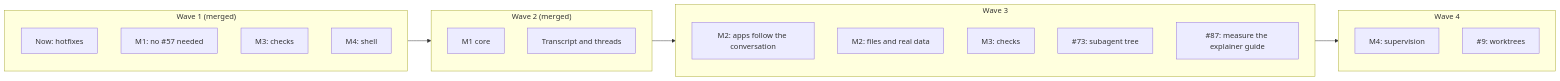
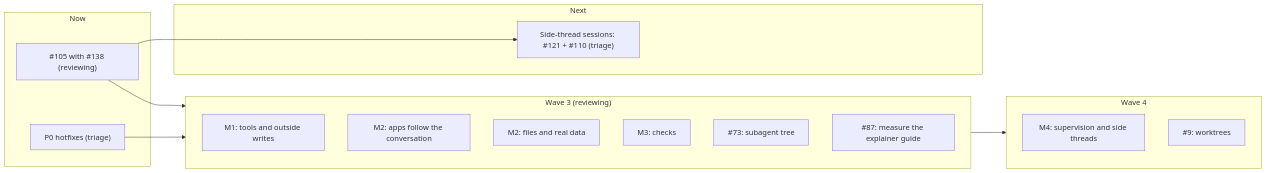
The diagram in designs/prompts/README.md (HJeon139/postbox), drawn with Mermaid before and after one commit. The commit also changed other lines of this file, not shown here.

Commit message:
Prompts: the plan after the triage of #101–#137, with two integrators

````diff
--- a/designs/prompts/README.md
+++ b/designs/prompts/README.md
@@ -7,25 +11,26 @@
 ```mermaid
 flowchart LR
-  subgraph w1["Wave 1 (merged)"]
-    a["Now: hotfixes"]
-    b["M1: no #57 needed"]
-    c["M3: checks"]
-    d["M4: shell"]
+  subgraph now["Now"]
+    p0["P0 hotfixes (triage)"]
+    w105["#105 with #138 (reviewing)"]
   end
-  subgraph w2["Wave 2 (merged)"]
-    e["M1 core"]
-    k["Transcript and threads"]
+  subgraph next["Next"]
+    side["Side-thread sessions: #121 + #110 (triage)"]
   end
-  subgraph w3["Wave 3"]
+  subgraph w3["Wave 3 (reviewing)"]
+    m1["M1: tools and outside writes"]
     f["M2: apps follow the conversation"]
     l["M2: files and real data"]
     j["M3: checks"]
     i["#73: subagent tree"]
     m["#87: measure the explainer guide"]
   end
   subgraph w4["Wave 4"]
-    g["M4: supervision"]
+    g["M4: supervision and side threads"]
     h["#9: worktrees"]
   end
-  w1 --> w2 --> w3 --> w4
+  w105 --> side
+  p0 --> w3
+  w105 --> w3
+  w3 --> w4
 ```
````
